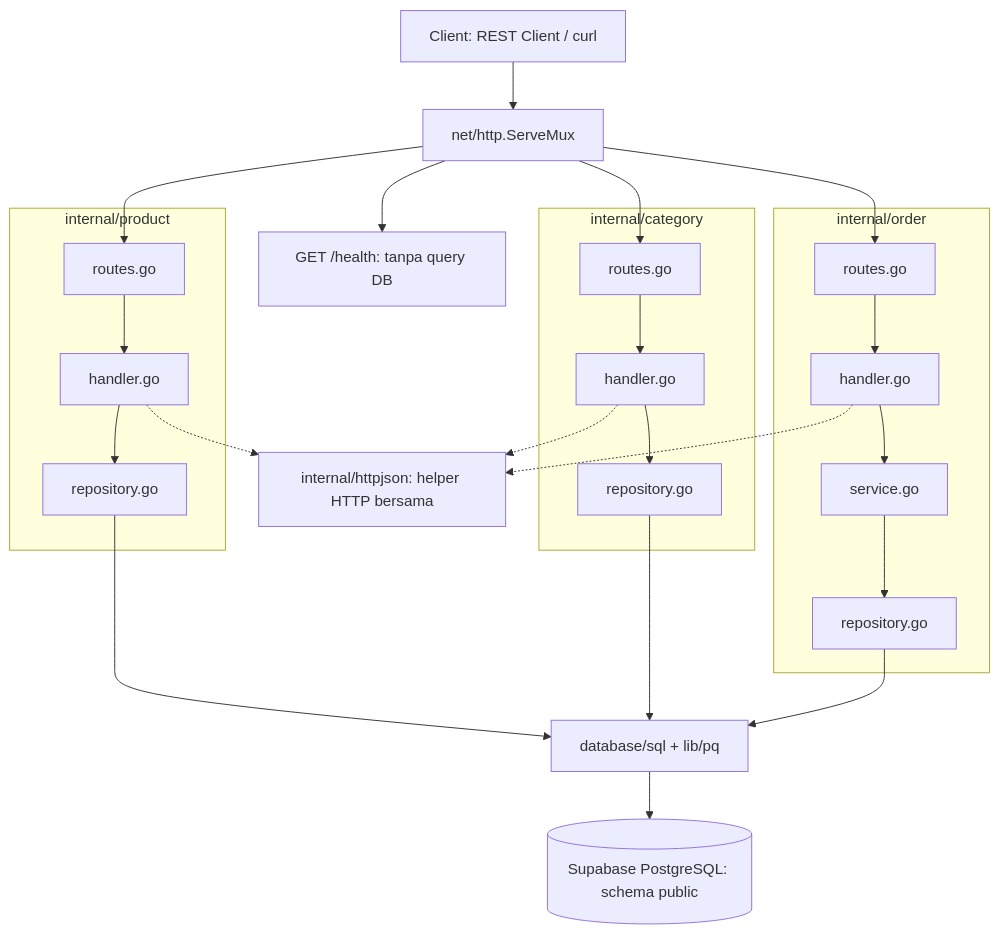
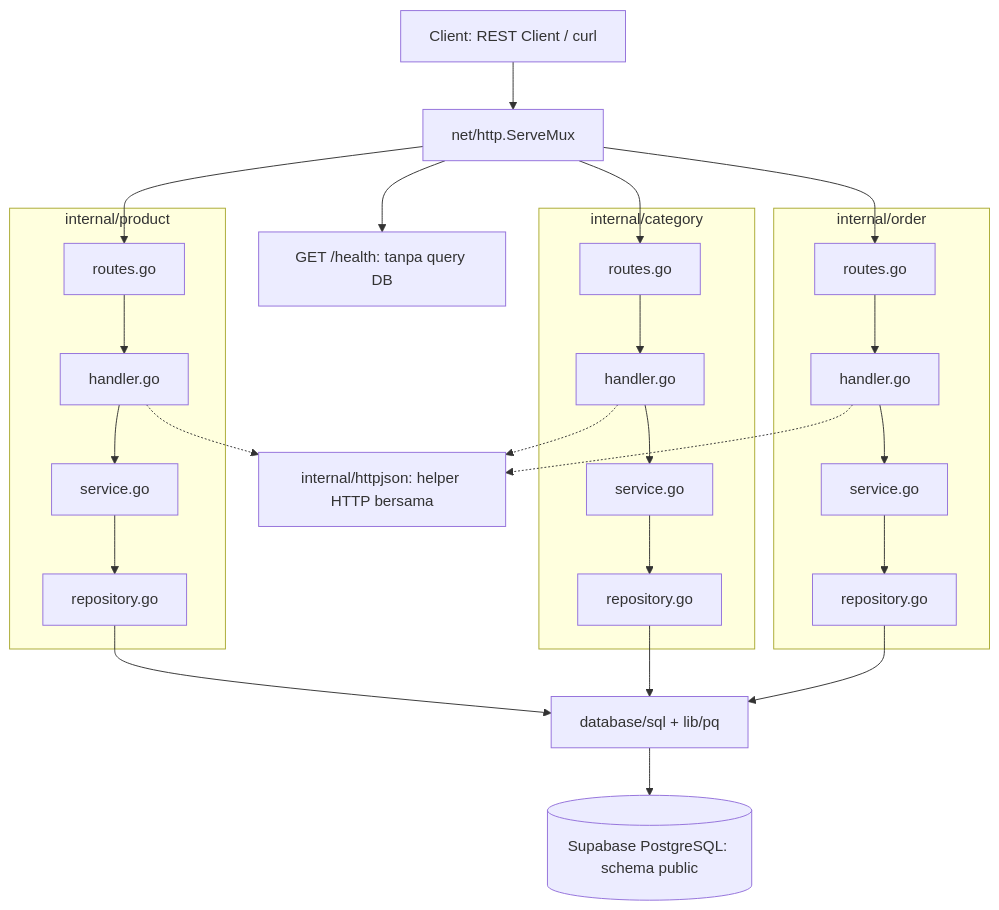
One commit to 9nizarbenhachem9-ai/go-programming-blkpp-2026 changed the diagram in starter/meet-09/northwind-api/README.md. Above: the diagram before and after it, drawn with Mermaid. The commit also changed other lines of this file and 5 other files, not shown here.

````diff
--- a/starter/meet-09/northwind-api/README.md
+++ b/starter/meet-09/northwind-api/README.md
@@ -115,34 +137,36 @@
 ```mermaid
 flowchart TD
     Client["Client: REST Client / curl"] --> Mux["net/http.ServeMux"]
 
     subgraph Product["internal/product"]
         PR["routes.go"] --> PH["handler.go"]
-        PH --> PRepo["repository.go"]
+        PH --> PS["service.go"]
+        PS --> PRepo["repository.go"]
     end
 
     subgraph Category["internal/category"]
         CR["routes.go"] --> CH["handler.go"]
-        CH --> CRepo["repository.go"]
+        CH --> CS["service.go"]
+        CS --> CRepo["repository.go"]
     end
 
     subgraph Order["internal/order"]
         OR["routes.go"] --> OH["handler.go"]
         OH --> OS["service.go"]
         OS --> ORepo["repository.go"]
     end
 
     Mux --> PR
     Mux --> CR
     Mux --> OR
     Mux --> Health["GET /health: tanpa query DB"]
 
     PH -.-> JSON["internal/httpjson: helper HTTP bersama"]
     CH -.-> JSON
     OH -.-> JSON
 
     PRepo --> SQL["database/sql + lib/pq"]
     CRepo --> SQL
     ORepo --> SQL
     SQL --> DB[("Supabase PostgreSQL: schema public")]
 ```
````
